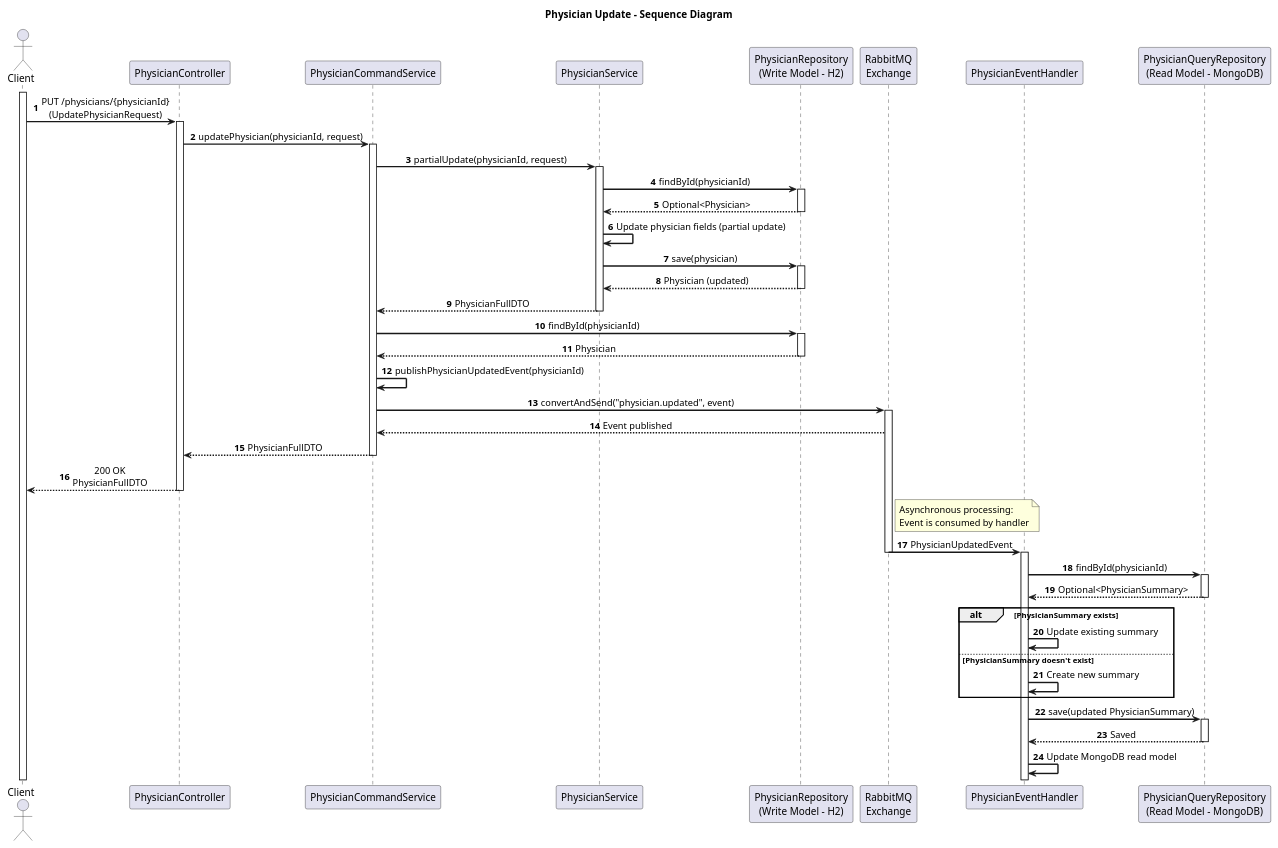
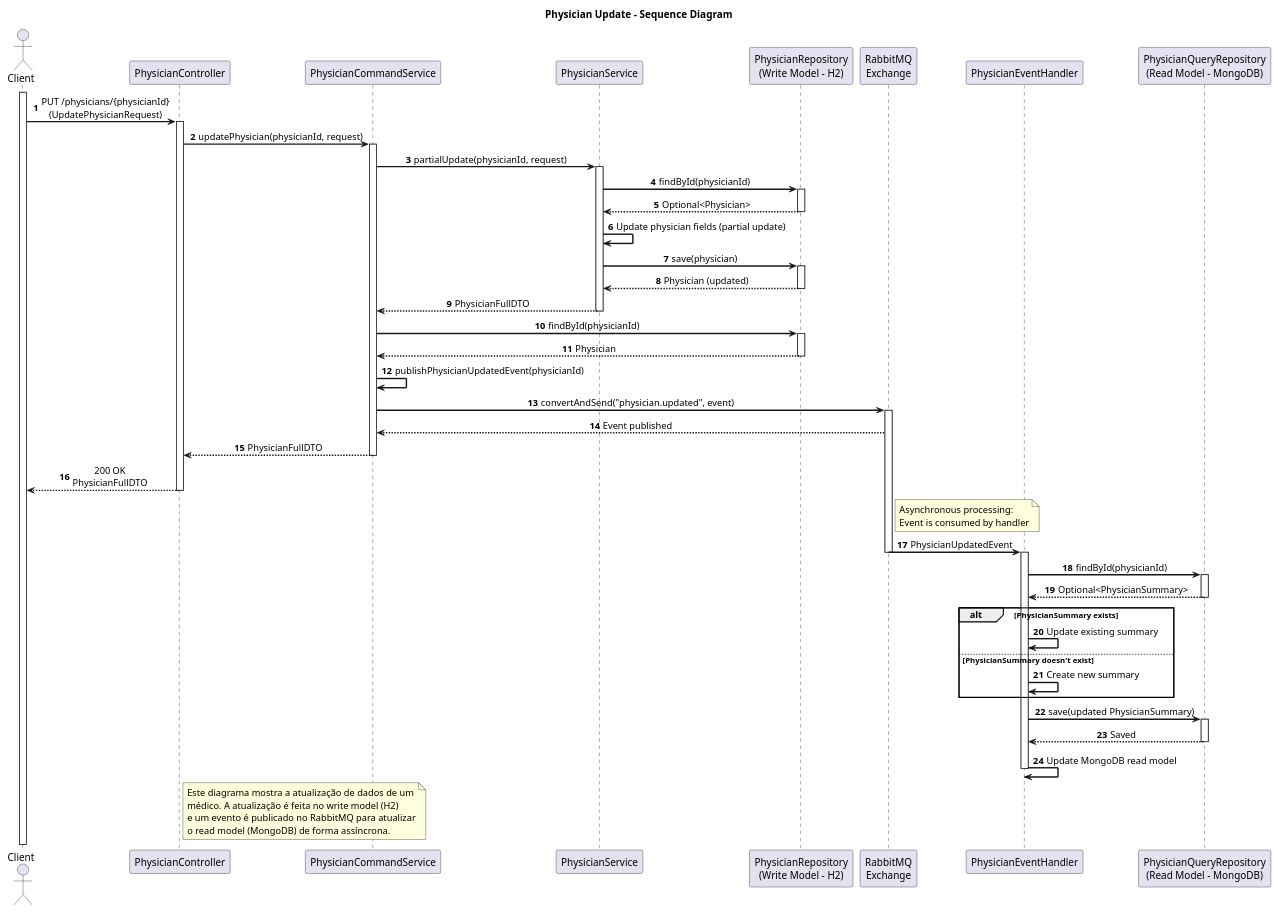
The diagram in DOCS2/C4+1/PhysicianUpdate-Sequence.puml (pedrods05/LETI_SIDIS_3DA_6), drawn with PlantUML before and after one commit. The commit also changed 11 other files, not shown here.

```diff
--- a/DOCS2/C4+1/PhysicianUpdate-Sequence.puml
+++ b/DOCS2/C4+1/PhysicianUpdate-Sequence.puml
@@ -1,85 +1,93 @@
 @startuml PhysicianUpdate-Sequence
 
 skinparam backgroundColor #FFFFFF
 skinparam sequenceMessageAlign center
 skinparam sequenceArrowThickness 2
 
 title Physician Update - Sequence Diagram
 
 actor Client
 participant "PhysicianController" as Controller
 participant "PhysicianCommandService" as CommandService
 participant "PhysicianService" as Service
 participant "PhysicianRepository\n(Write Model - H2)" as WriteRepo
 participant "RabbitMQ\nExchange" as RabbitMQ
 participant "PhysicianEventHandler" as EventHandler
 participant "PhysicianQueryRepository\n(Read Model - MongoDB)" as ReadRepo
 
 autonumber
 activate Client
 Client -> Controller: PUT /physicians/{physicianId}\n(UpdatePhysicianRequest)
 activate Controller
 
 Controller -> CommandService: updatePhysician(physicianId, request)
 activate CommandService
 
 CommandService -> Service: partialUpdate(physicianId, request)
 activate Service
 
 Service -> WriteRepo: findById(physicianId)
 activate WriteRepo
 WriteRepo --> Service: Optional<Physician>
 deactivate WriteRepo
 
 Service -> Service: Update physician fields (partial update)
 Service -> WriteRepo: save(physician)
 activate WriteRepo
 WriteRepo --> Service: Physician (updated)
 deactivate WriteRepo
 
 Service --> CommandService: PhysicianFullDTO
 deactivate Service
 
 CommandService -> WriteRepo: findById(physicianId)
 activate WriteRepo
 WriteRepo --> CommandService: Physician
 deactivate WriteRepo
 
 CommandService -> CommandService: publishPhysicianUpdatedEvent(physicianId)
 CommandService -> RabbitMQ: convertAndSend("physician.updated", event)
 activate RabbitMQ
 RabbitMQ --> CommandService: Event published
 
 CommandService --> Controller: PhysicianFullDTO
 deactivate CommandService
 
 Controller --> Client: 200 OK\nPhysicianFullDTO
 deactivate Controller
 
 note right of RabbitMQ
   Asynchronous processing:
   Event is consumed by handler
 end note
 
 RabbitMQ -> EventHandler: PhysicianUpdatedEvent
 deactivate RabbitMQ
 activate EventHandler
 
 EventHandler -> ReadRepo: findById(physicianId)
 activate ReadRepo
 ReadRepo --> EventHandler: Optional<PhysicianSummary>
 deactivate ReadRepo
 
 alt PhysicianSummary exists
     EventHandler -> EventHandler: Update existing summary
 else PhysicianSummary doesn't exist
     EventHandler -> EventHandler: Create new summary
 end
 
 EventHandler -> ReadRepo: save(updated PhysicianSummary)
 activate ReadRepo
 ReadRepo --> EventHandler: Saved
 deactivate ReadRepo
 EventHandler -> EventHandler: Update MongoDB read model
+deactivate EventHandler
+
+note right of Controller
+  Este diagrama mostra a atualização de dados de um
+  médico. A atualização é feita no write model (H2)
+  e um evento é publicado no RabbitMQ para atualizar
+  o read model (MongoDB) de forma assíncrona.
+end note
 
 @enduml
```
